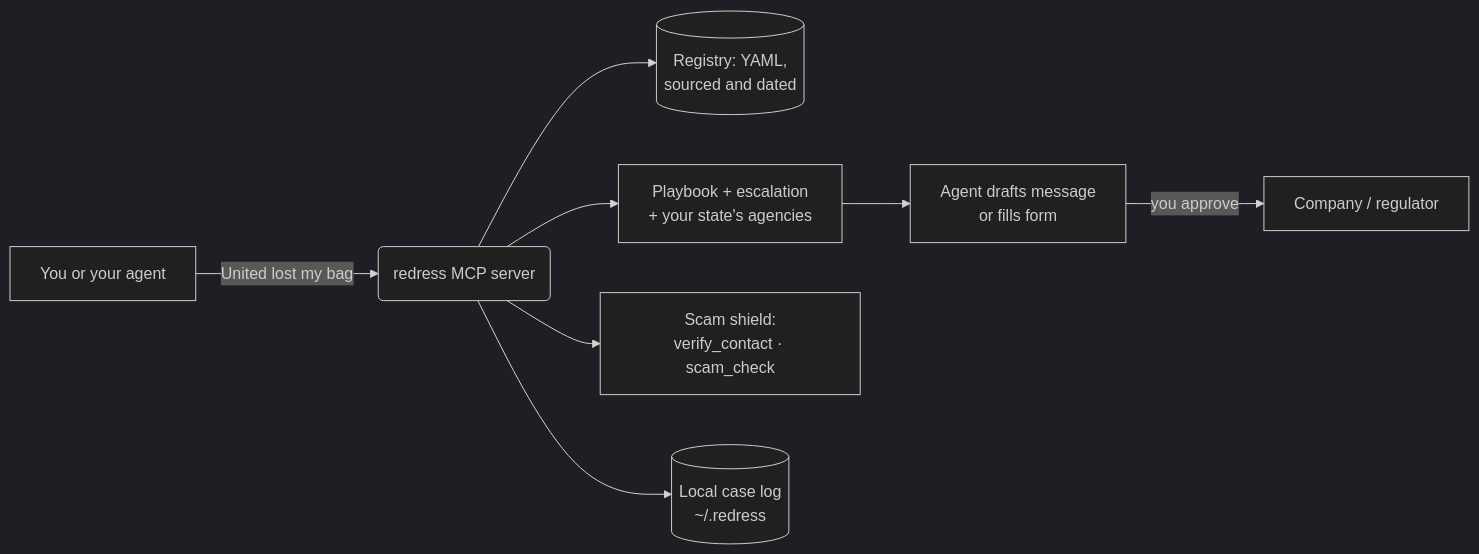
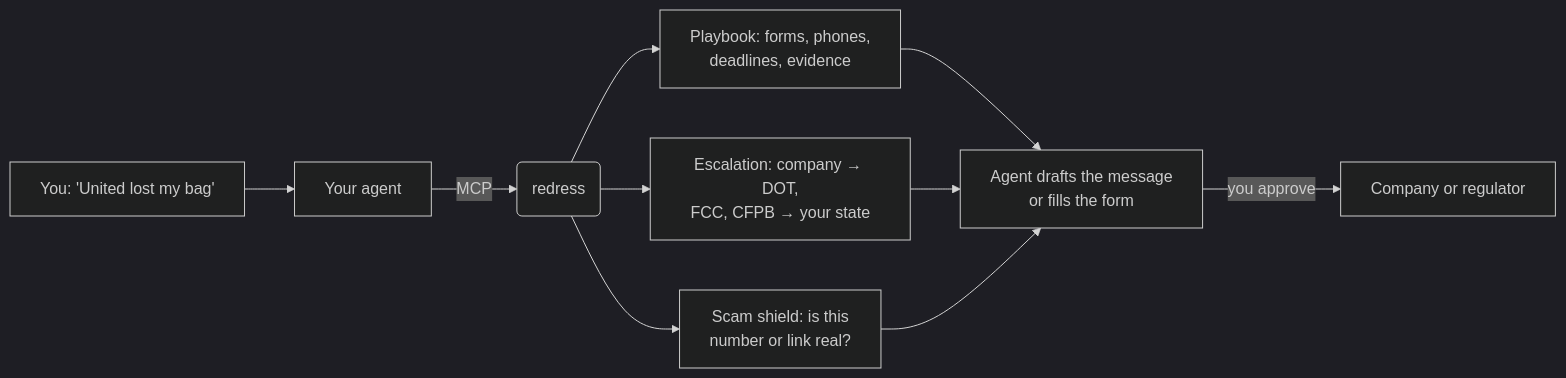
The diagram in README.md (alexgaoth/escalate-anything), drawn with Mermaid (dark theme) before and after one commit. The commit also changed other lines of this file and 8 other files, not shown here.

````diff
--- a/README.md
+++ b/README.md
@@ -119,10 +74,10 @@
 ```mermaid
 flowchart LR
-  A[You or your agent] -->|"United lost my bag"| B(redress MCP server)
-  B --> C[(Registry: YAML,<br/>sourced and dated)]
-  B --> D[Playbook + escalation<br/>+ your state's agencies]
-  B --> E[Scam shield:<br/>verify_contact · scam_check]
-  B --> F[(Local case log<br/>~/.redress)]
-  D --> G[Agent drafts message<br/>or fills form]
-  G -->|you approve| H[Company / regulator]
+  A["You: 'United lost my bag'"] --> B[Your agent]
+  B -->|MCP| C(redress)
+  C --> D["Playbook: forms, phones,<br/>deadlines, evidence"]
+  C --> E["Escalation: company → DOT,<br/>FCC, CFPB → your state"]
+  C --> F["Scam shield: is this<br/>number or link real?"]
+  D & E & F --> G["Agent drafts the message<br/>or fills the form"]
+  G -->|you approve| H[Company or regulator]
 ```
````
